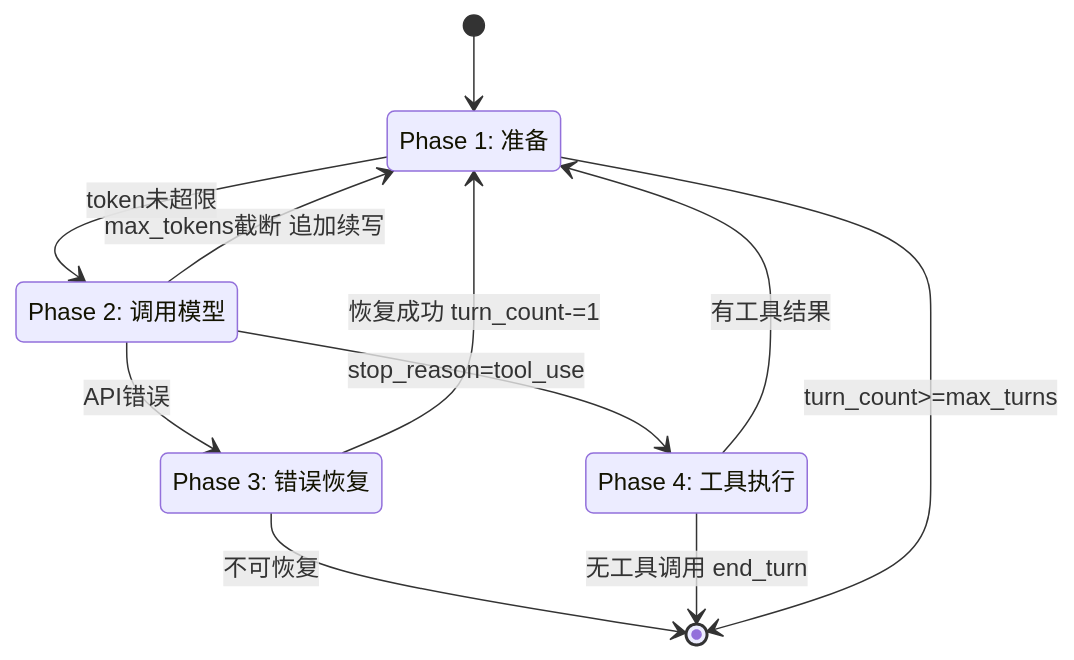
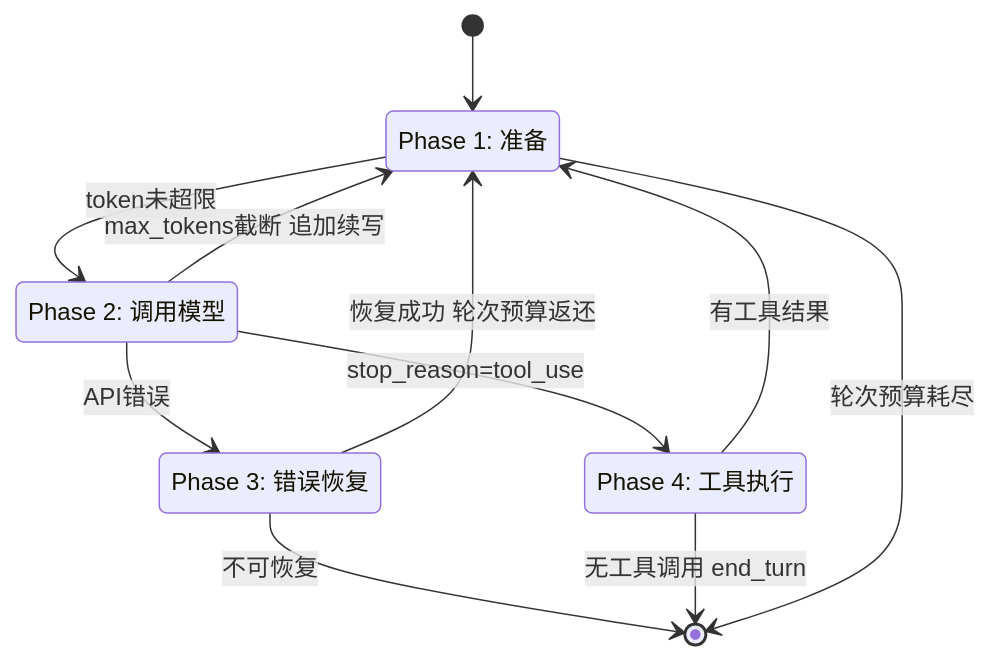
Before and after one commit to MKEy777/agent: the fourth of 5 diagrams in docs/comparisons/02-agent-loop.md, drawn with Mermaid. The commit also changed other lines of this file and 20 other files, not shown here.

````diff
--- a/docs/comparisons/02-agent-loop.md
+++ b/docs/comparisons/02-agent-loop.md
@@ -103,17 +103,17 @@
 ```mermaid
 stateDiagram-v2
     state "Phase 1: 准备" as P1
     state "Phase 2: 调用模型" as P2
     state "Phase 3: 错误恢复" as P3
     state "Phase 4: 工具执行" as P4
     [*] --> P1
     P1 --> P2: token未超限
     P2 --> P3: API错误
-    P3 --> P1: 恢复成功 turn_count-=1
+    P3 --> P1: 恢复成功 轮次预算返还
     P3 --> [*]: 不可恢复
     P2 --> P4: stop_reason=tool_use
     P2 --> P1: max_tokens截断 追加续写
     P4 --> P1: 有工具结果
     P4 --> [*]: 无工具调用 end_turn
-    P1 --> [*]: turn_count>=max_turns
+    P1 --> [*]: 轮次预算耗尽
 ```
````
